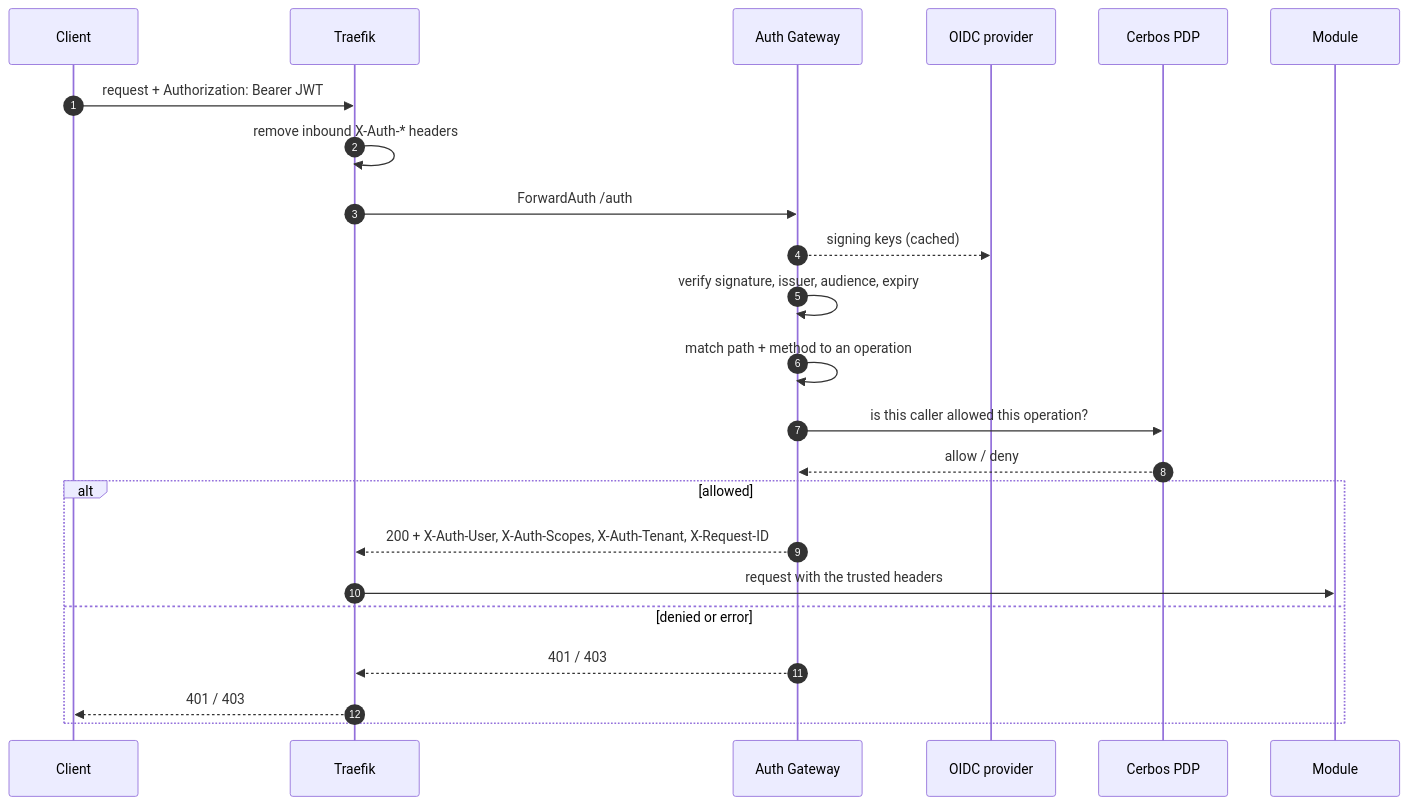
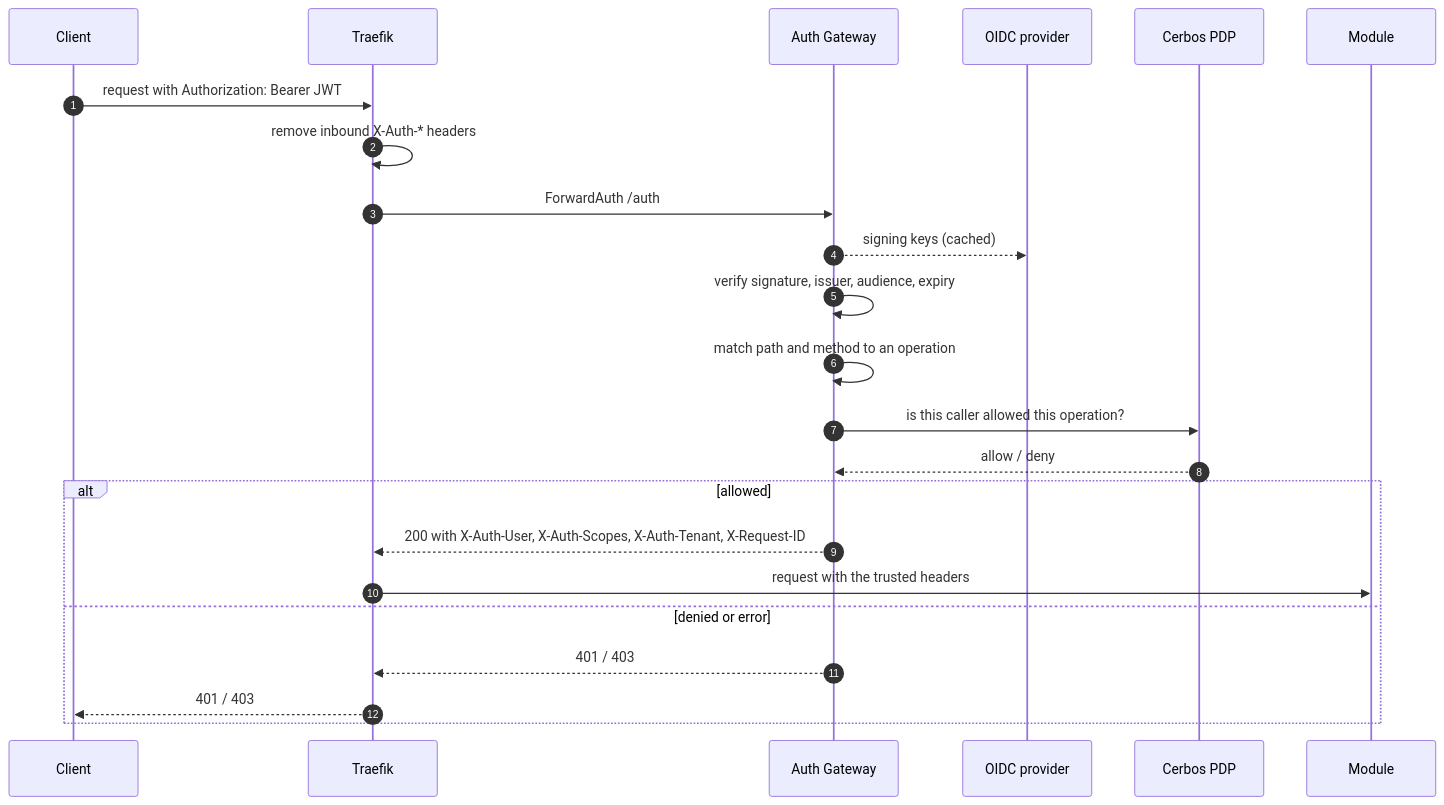
Before and after one commit to Labs64/labs64.io-docs: the diagram in modules/auth-gateway/index.md, drawn with Mermaid. The commit also changed other lines of this file and 26 other files, not shown here.

````diff
--- a/modules/auth-gateway/index.md
+++ b/modules/auth-gateway/index.md
@@ -27,26 +27,26 @@
 ```mermaid
 sequenceDiagram
     autonumber
     participant C as Client
     participant T as Traefik
     participant AG as Auth Gateway
     participant IdP as OIDC provider
     participant PDP as Cerbos PDP
     participant M as Module
 
-    C->>T: request + Authorization: Bearer JWT
+    C->>T: request with Authorization: Bearer JWT
     T->>T: remove inbound X-Auth-* headers
     T->>AG: ForwardAuth /auth
     AG-->>IdP: signing keys (cached)
     AG->>AG: verify signature, issuer, audience, expiry
-    AG->>AG: match path + method to an operation
+    AG->>AG: match path and method to an operation
     AG->>PDP: is this caller allowed this operation?
     PDP-->>AG: allow / deny
     alt allowed
-        AG-->>T: 200 + X-Auth-User, X-Auth-Scopes, X-Auth-Tenant, X-Request-ID
+        AG-->>T: 200 with X-Auth-User, X-Auth-Scopes, X-Auth-Tenant, X-Request-ID
         T->>M: request with the trusted headers
     else denied or error
         AG-->>T: 401 / 403
         T-->>C: 401 / 403
     end
 ```
````
